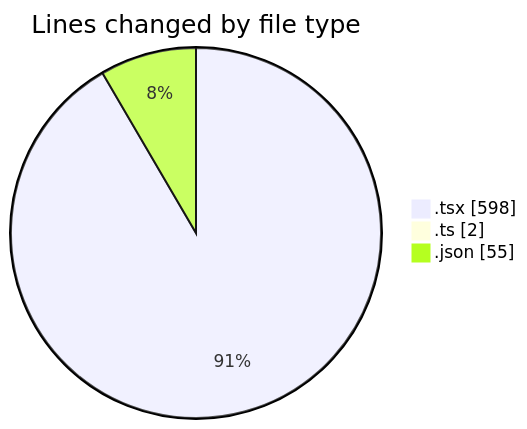
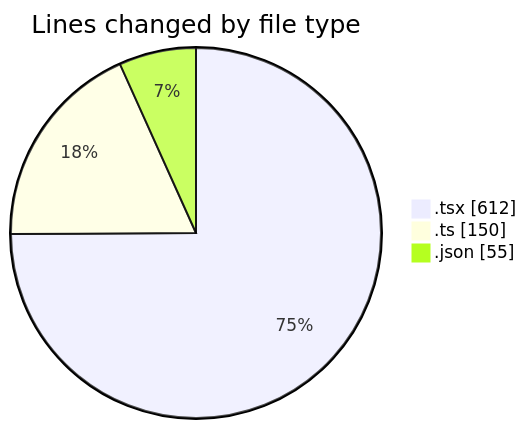
One commit to julien-gomy/code-tracking changed the first of 2 diagrams in 2025-10-21/eventscop-frontend-guide__workspace_/README.md. Above: the diagram before and after it, drawn with Mermaid. The commit also changed other lines of this file and 1 other file, not shown here.

````diff
--- a/2025-10-21/eventscop-frontend-guide__workspace_/README.md
+++ b/2025-10-21/eventscop-frontend-guide__workspace_/README.md
@@ -28,7 +29,7 @@
 ```mermaid
 pie showData
 title Lines changed by file type
-".tsx" : 598
-".ts" : 2
+".tsx" : 612
+".ts" : 150
 ".json" : 55
 ```
````
